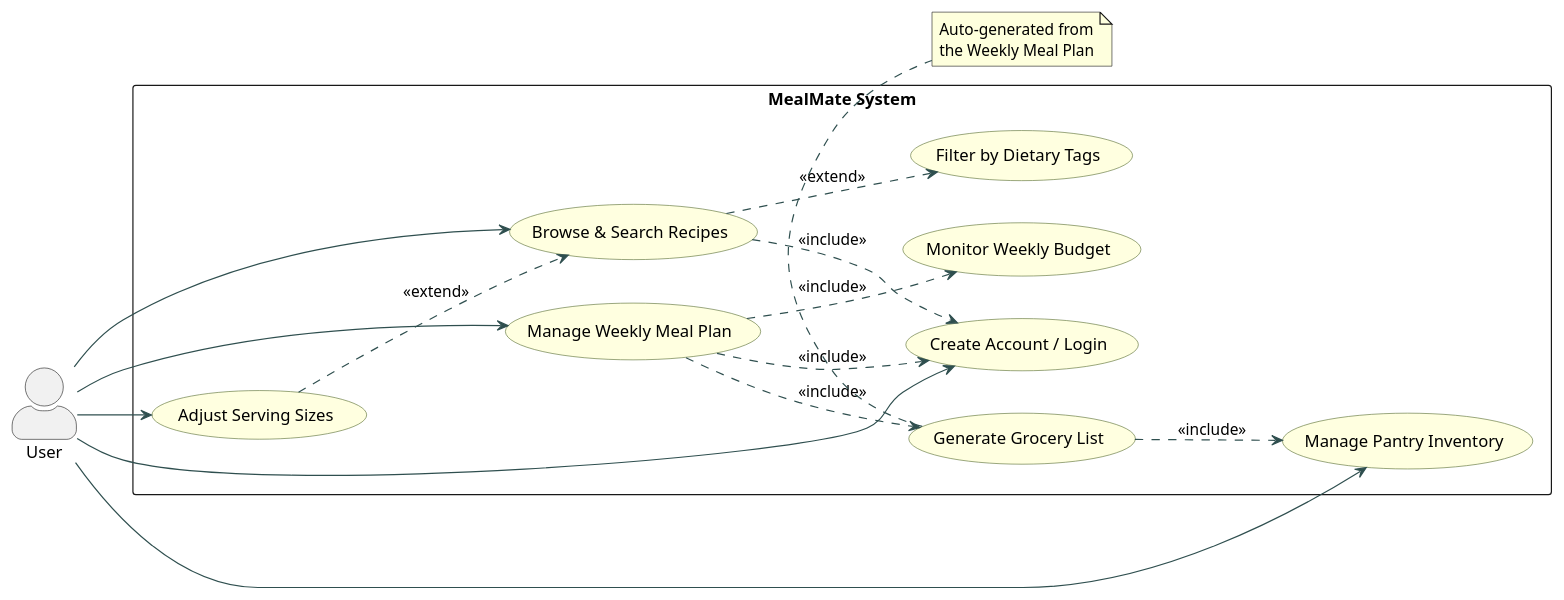
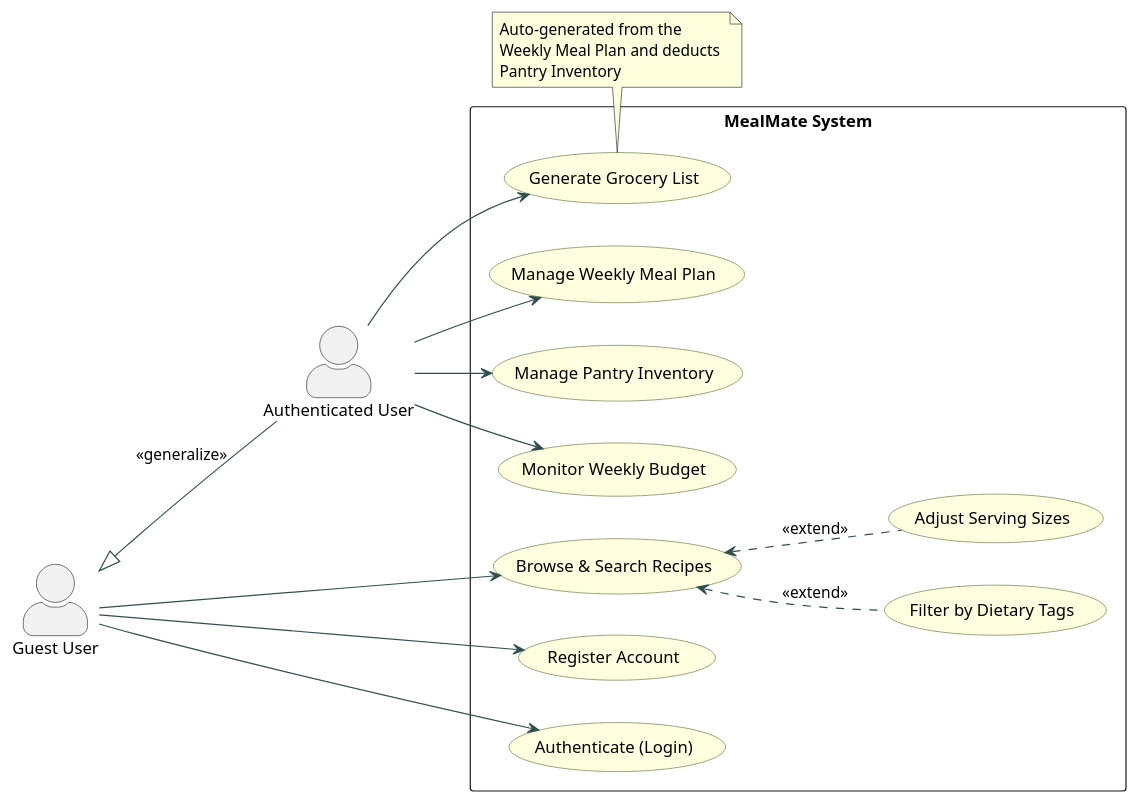
Before and after one commit to OmarIUBH/software-engineering-project: the first of 4 diagrams in docs/UML_DIAGRAMS.md, drawn with PlantUML. The commit also changed 1 other file, not shown here.

Commit message:
docs: academically polish Use Case Diagram semantics and actor relationships

````diff
--- a/docs/UML_DIAGRAMS.md
+++ b/docs/UML_DIAGRAMS.md
@@ -13,43 +13,47 @@
 ```plantuml
 @startuml MealMate_UseCaseDiagram
 left to right direction
 skinparam usecase {
   BackgroundColor LightYellow
   BorderColor DarkOliveGreen
   ArrowColor DarkSlateGray
 }
 skinparam actorStyle awesome
 
-actor "User" as U
+actor "Guest User" as Guest
+actor "Authenticated User" as AuthUser
+
+AuthUser -up-|> Guest : <<generalize>>
 
 rectangle "MealMate System" {
-  usecase "Create Account / Login"       as UC0
-  usecase "Browse & Search Recipes"      as UC1
-  usecase "Filter by Dietary Tags"       as UC2
-  usecase "Adjust Serving Sizes"         as UC3
-  usecase "Manage Weekly Meal Plan"      as UC4
-  usecase "Generate Grocery List"        as UC5
-  usecase "Manage Pantry Inventory"      as UC6
-  usecase "Monitor Weekly Budget"        as UC7
+  usecase "Register Account"             as UC_Reg
+  usecase "Authenticate (Login)"         as UC_Login
+  usecase "Browse & Search Recipes"      as UC_Browse
+  usecase "Filter by Dietary Tags"       as UC_Filter
+  usecase "Adjust Serving Sizes"         as UC_Scale
+
+  usecase "Manage Weekly Meal Plan"      as UC_Plan
+  usecase "Generate Grocery List"        as UC_List
+  usecase "Manage Pantry Inventory"      as UC_Pantry
+  usecase "Monitor Weekly Budget"        as UC_Budget
 }
 
-U --> UC0
-U --> UC1
-U --> UC3
-U --> UC4
-U --> UC6
+Guest --> UC_Reg
+Guest --> UC_Login
+Guest --> UC_Browse
 
-UC1 ..> UC0 : <<include>>
-UC4 ..> UC0 : <<include>>
-UC1 ..> UC2 : <<extend>>
-UC3 ..> UC1 : <<extend>>
-UC4 ..> UC5 : <<include>>
-UC5 ..> UC6 : <<include>>
-UC4 ..> UC7 : <<include>>
+UC_Filter .up.> UC_Browse : <<extend>>
+UC_Scale .up.> UC_Browse : <<extend>>
 
-note bottom of UC5
-  Auto-generated from
-  the Weekly Meal Plan
+AuthUser --> UC_Plan
+AuthUser --> UC_List
+AuthUser --> UC_Pantry
+AuthUser --> UC_Budget
+
+note bottom of UC_List
+  Auto-generated from the 
+  Weekly Meal Plan and deducts 
+  Pantry Inventory
 end note
 @enduml
 ```
````
